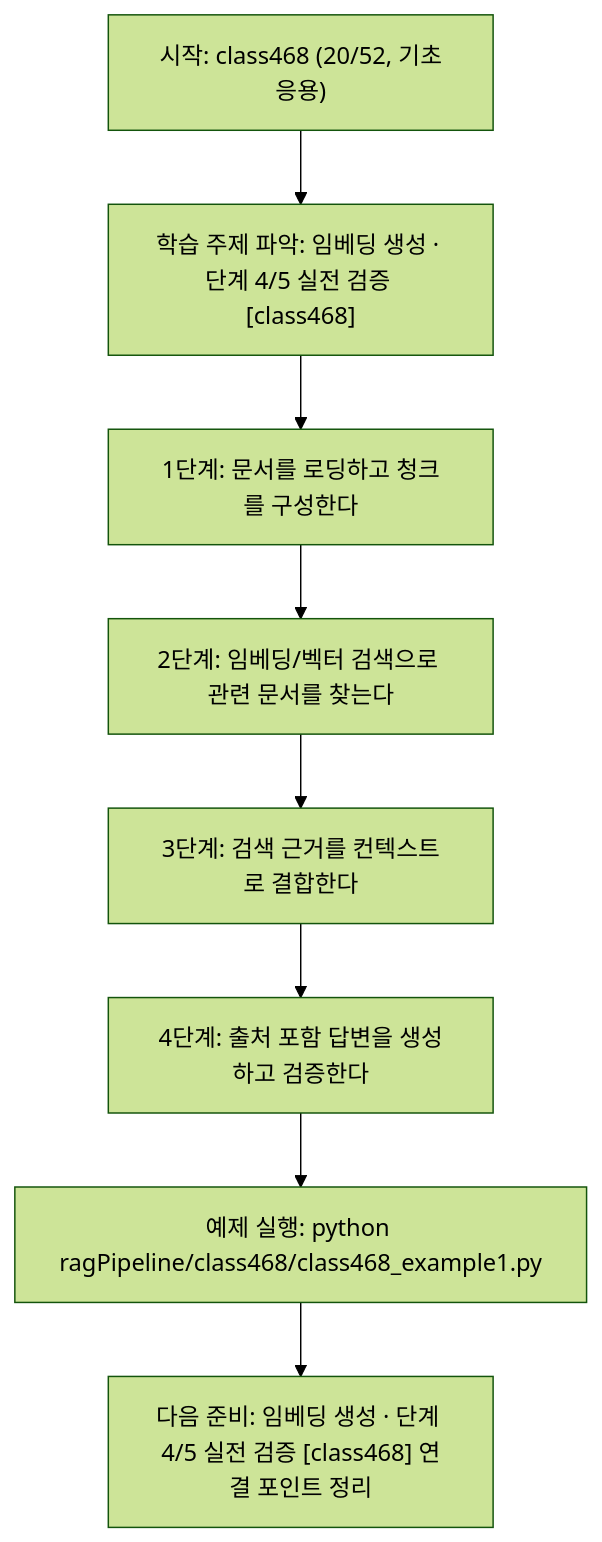
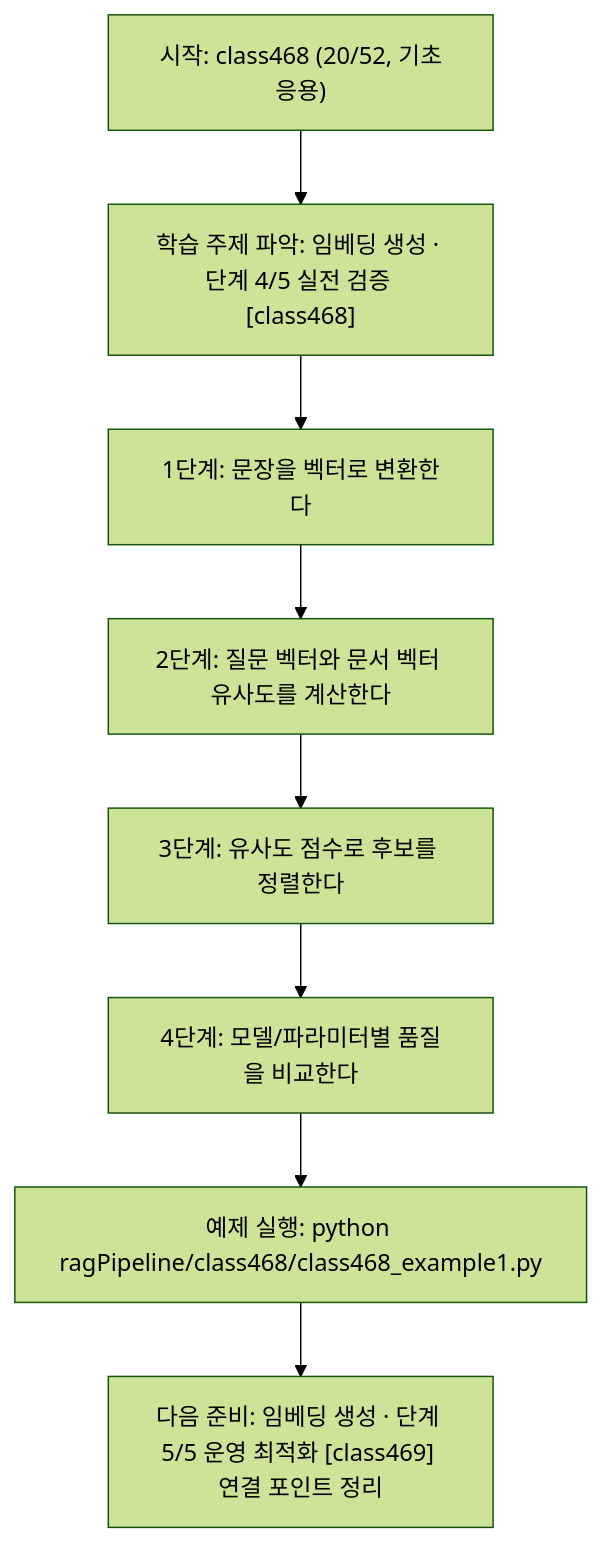
Before and after one commit to edumgt/Python-AI_Agent-Class: the diagram in ragPipeline/class468/class468.md, drawn with Mermaid (forest theme). The commit also changed other lines of this file and 367 other files, not shown here.

````diff
--- a/ragPipeline/class468/class468.md
+++ b/ragPipeline/class468/class468.md
@@ -110,18 +92,18 @@
 ```mermaid
 flowchart TD
 N1["시작: class468 (20/52, 기초응용)"]
 N2["학습 주제 파악: 임베딩 생성 · 단계 4/5 실전 검증 [class468]"]
-N3["1단계: 문서를 로딩하고 청크를 구성한다"]
-N4["2단계: 임베딩/벡터 검색으로 관련 문서를 찾는다"]
-N5["3단계: 검색 근거를 컨텍스트로 결합한다"]
-N6["4단계: 출처 포함 답변을 생성하고 검증한다"]
+N3["1단계: 문장을 벡터로 변환한다"]
+N4["2단계: 질문 벡터와 문서 벡터 유사도를 계산한다"]
+N5["3단계: 유사도 점수로 후보를 정렬한다"]
+N6["4단계: 모델/파라미터별 품질을 비교한다"]
 N7["예제 실행: python ragPipeline/class468/class468_example1.py"]
-N8["다음 준비: 임베딩 생성 · 단계 4/5 실전 검증 [class468] 연결 포인트 정리"]
+N8["다음 준비: 임베딩 생성 · 단계 5/5 운영 최적화 [class469] 연결 포인트 정리"]
 N1 --> N2
 N2 --> N3
 N3 --> N4
 N4 --> N5
 N5 --> N6
 N6 --> N7
 N7 --> N8
 ```
````
